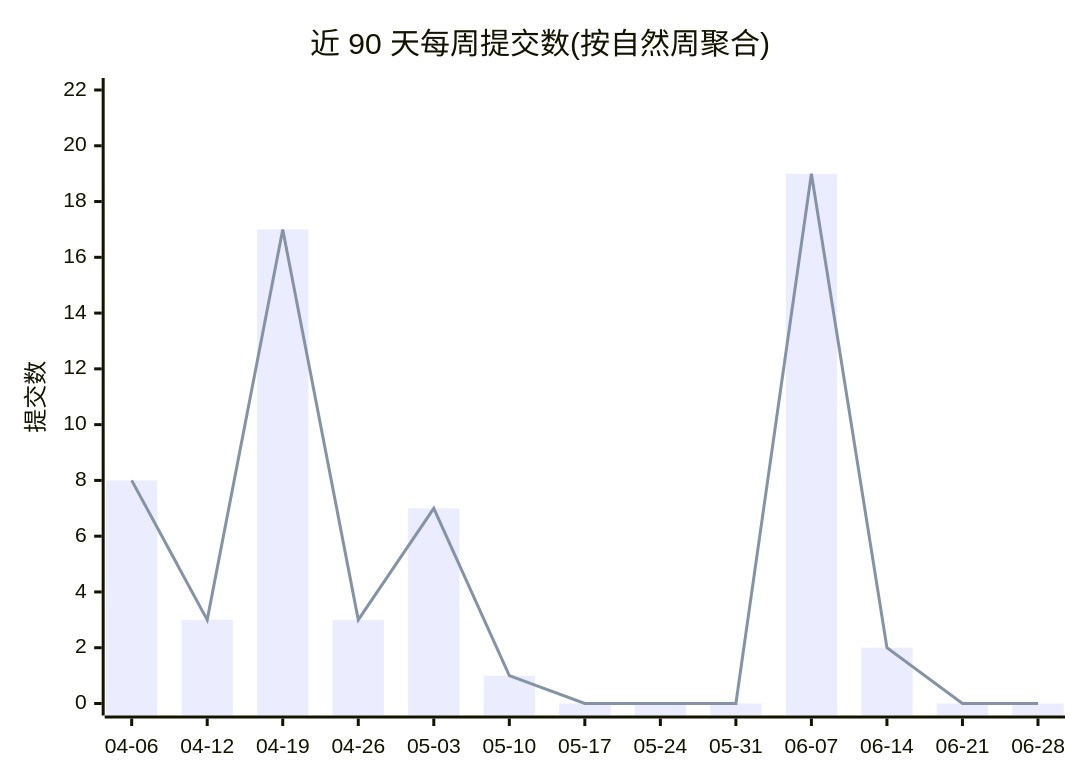
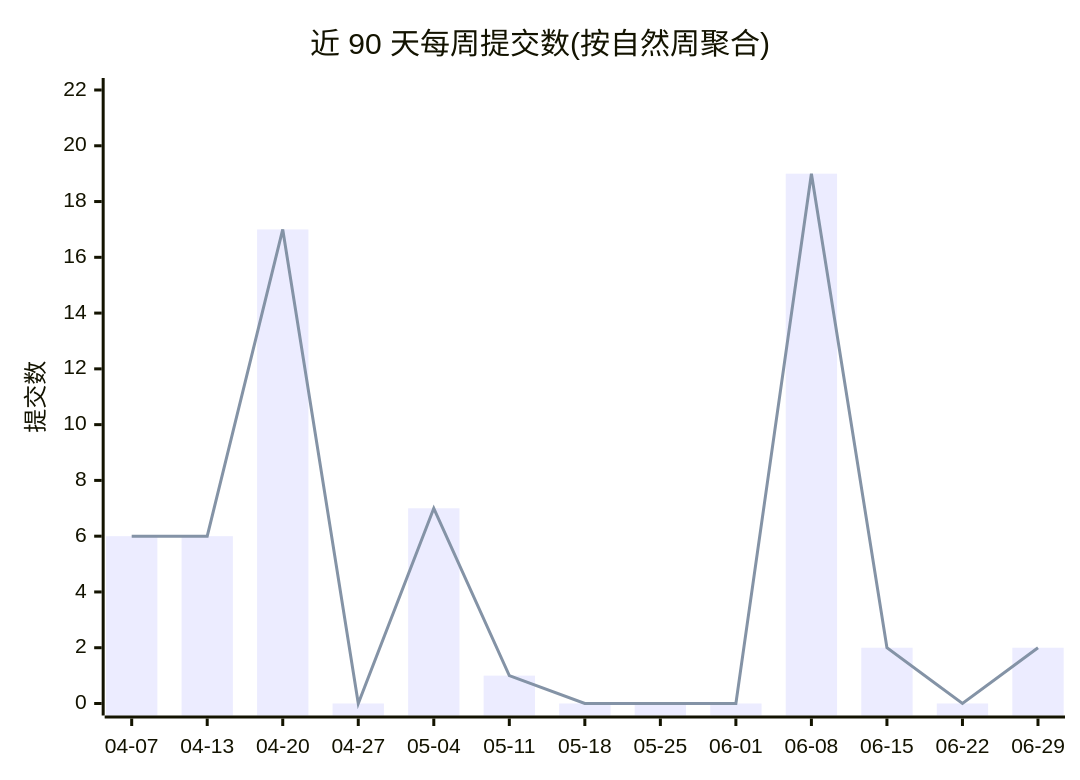
Before and after one commit to Conflux-Union/.github: the first of 2 diagrams in profile/README.md, drawn with Mermaid. The commit also changed other lines of this file and 1 other file, not shown here.

````diff
--- a/profile/README.md
+++ b/profile/README.md
@@ -44,8 +44,8 @@
 ```mermaid
 xychart-beta
     title "近 90 天每周提交数(按自然周聚合)"
-    x-axis ["04-06", "04-12", "04-19", "04-26", "05-03", "05-10", "05-17", "05-24", "05-31", "06-07", "06-14", "06-21", "06-28"]
+    x-axis ["04-07", "04-13", "04-20", "04-27", "05-04", "05-11", "05-18", "05-25", "06-01", "06-08", "06-15", "06-22", "06-29"]
     y-axis "提交数" 0 --> 22
-    bar [8, 3, 17, 3, 7, 1, 0, 0, 0, 19, 2, 0, 0]
-    line [8, 3, 17, 3, 7, 1, 0, 0, 0, 19, 2, 0, 0]
+    bar [6, 6, 17, 0, 7, 1, 0, 0, 0, 19, 2, 0, 2]
+    line [6, 6, 17, 0, 7, 1, 0, 0, 0, 19, 2, 0, 2]
 ```
````
